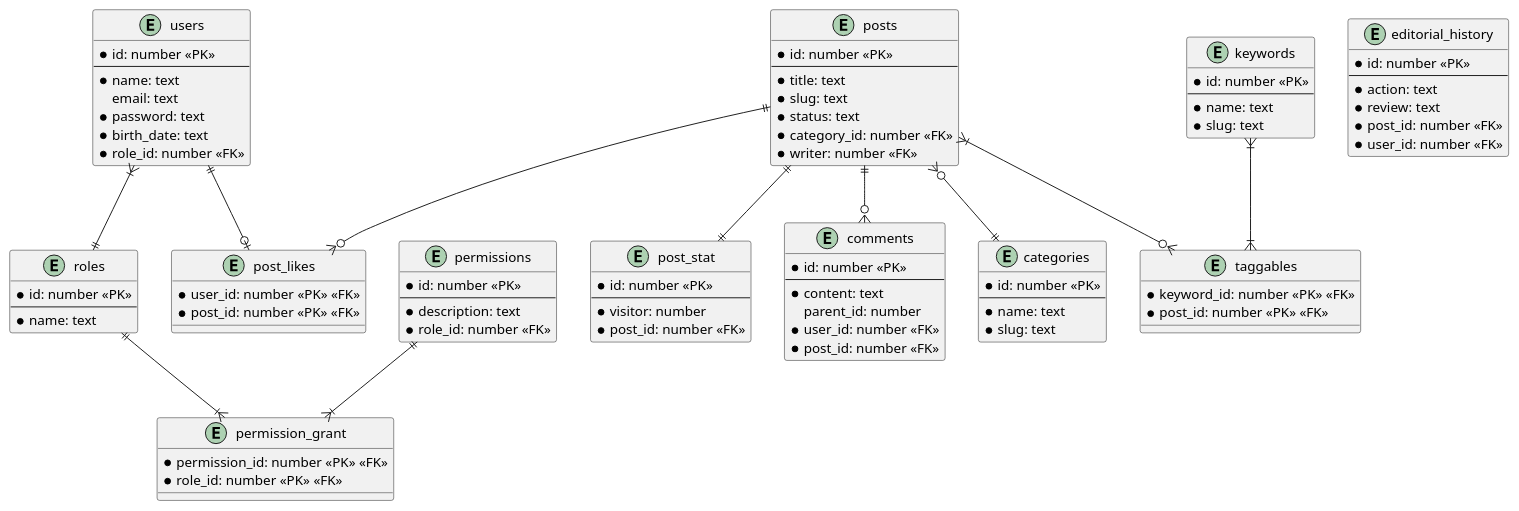
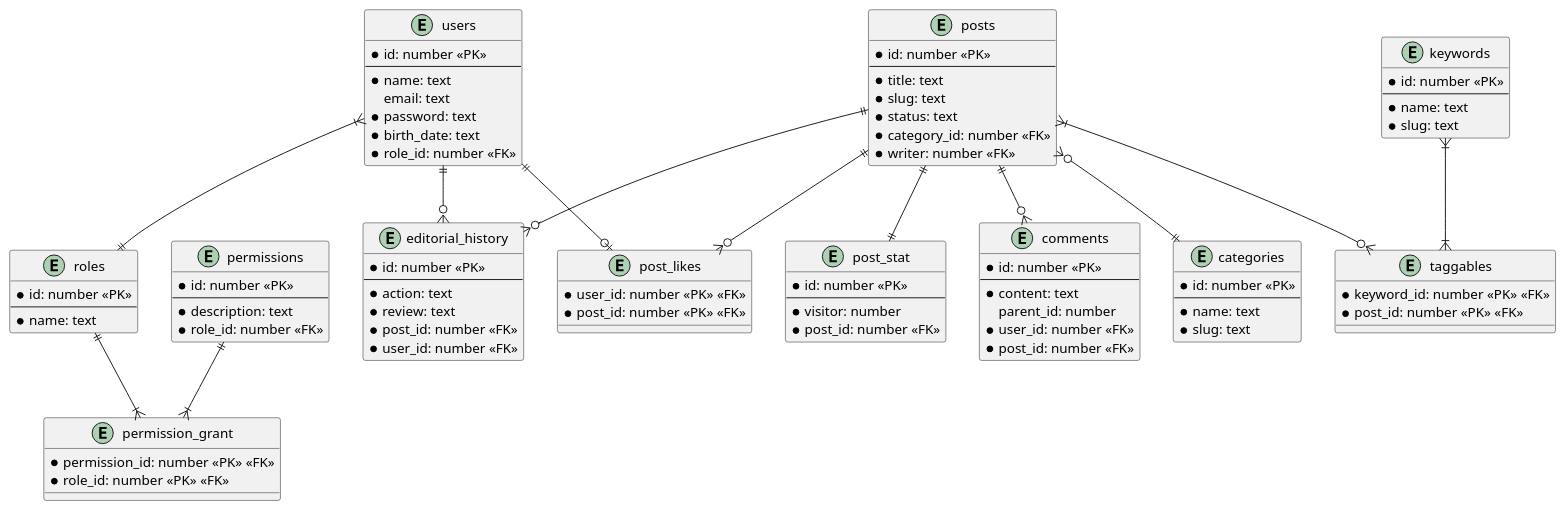
One commit to yosmisyael/suara-kesit changed the diagram in docs/system-erd.puml. Above: the diagram before and after it, drawn with PlantUML. The commit also changed 27 other files, not shown here.

Commit message:
feat: implement erd

```diff
--- a/docs/system-erd.puml
+++ b/docs/system-erd.puml
@@ -1,99 +1,101 @@
 @startuml
 entity users {
     * id: number <<PK>>
     --
     * name: text
     email: text
     * password: text
     * birth_date: text
     * role_id: number <<FK>>
 }
 
 entity roles {
     * id: number <<PK>>
     --
     * name: text
 }
 
 entity permissions {
     * id: number <<PK>>
     --
     * description: text
     * role_id: number <<FK>>
 }
 
 entity permission_grant {
     * permission_id: number <<PK>> <<FK>>
     * role_id: number <<PK>> <<FK>>
 }
 
 entity posts {
     * id: number <<PK>>
     --
     * title: text
     * slug: text
     * status: text
     * category_id: number <<FK>>
     * writer: number <<FK>>
 }
 
 entity editorial_history {
     * id: number <<PK>>
     --
     * action: text
     * review: text
     * post_id: number <<FK>>
     * user_id: number <<FK>>
 }
 
 entity post_stat {
     * id: number <<PK>>
     --
     * visitor: number
     * post_id: number <<FK>>
 }
 
 entity post_likes {
     * user_id: number <<PK>> <<FK>>
     * post_id: number <<PK>> <<FK>>
 }
 
 entity comments {
     * id: number <<PK>>
     --
     * content: text
     parent_id: number
     * user_id: number <<FK>>
     * post_id: number <<FK>>
 }
 
 entity categories {
     * id: number <<PK>>
     --
     * name: text
     * slug: text
 }
 
 entity keywords {
     * id: number <<PK>>
     --
     * name: text
     * slug: text
 }
 
 entity taggables {
     * keyword_id: number <<PK>> <<FK>>
     * post_id: number <<PK>> <<FK>>
 }
 
 users }|--|| roles
 roles ||--|{ permission_grant
 permissions ||--|{ permission_grant
 posts ||--o{ comments
 posts ||--|| post_stat
 posts ||--o{ post_likes
 users ||--o| post_likes
 posts }o--|| categories
 posts }|--o{ taggables
 keywords }|--|{ taggables
+users ||--o{ editorial_history
+posts ||--o{ editorial_history
 @enduml
```
